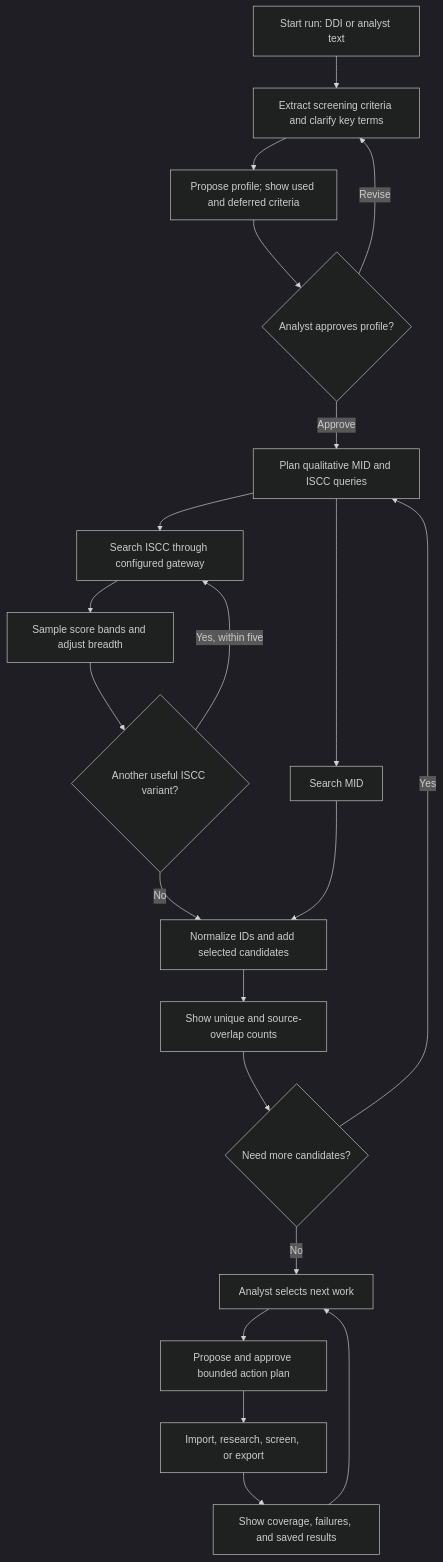
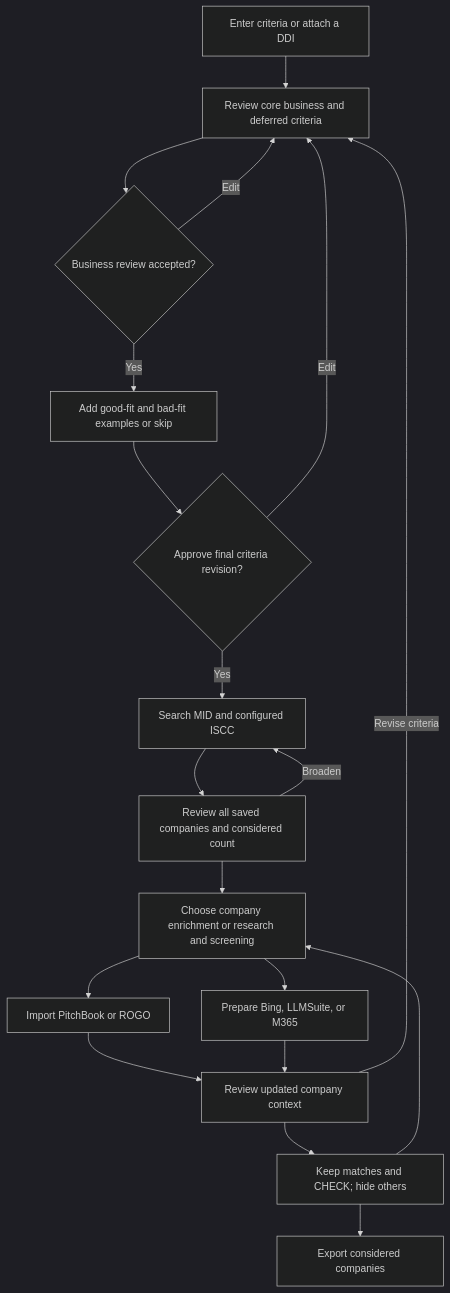
One commit to saksham-personal/local-first-mna-screening changed the diagram in mna-tools/docs/WORKFLOW.md. Above: the diagram before and after it, drawn with Mermaid (dark theme). The commit also changed other lines of this file and 83 other files, not shown here.

First line of the commit message:
Implement iterative screening and shortlist review workflow

````diff
--- a/mna-tools/docs/WORKFLOW.md
+++ b/mna-tools/docs/WORKFLOW.md
@@ -11,23 +7,21 @@
 ```mermaid
 flowchart TD
-    A["Start run: DDI or analyst text"] --> B["Extract screening criteria and clarify key terms"]
-    B --> C["Propose profile; show used and deferred criteria"]
-    C --> D{"Analyst approves profile?"}
-    D -- "Revise" --> B
-    D -- "Approve" --> E["Plan qualitative MID and ISCC queries"]
-    E --> F["Search MID"]
-    E --> G["Search ISCC through configured gateway"]
-    G --> H["Sample score bands and adjust breadth"]
-    H --> I{"Another useful ISCC variant?"}
-    I -- "Yes, within five" --> G
-    I -- "No" --> J["Normalize IDs and add selected candidates"]
-    F --> J
-    J --> K["Show unique and source-overlap counts"]
-    K --> L{"Need more candidates?"}
-    L -- "Yes" --> E
-    L -- "No" --> M["Analyst selects next work"]
-    M --> N["Propose and approve bounded action plan"]
-    N --> O["Import, research, screen, or export"]
-    O --> P["Show coverage, failures, and saved results"]
-    P --> M
+    A[Enter criteria or attach a DDI] --> B[Review core business and deferred criteria]
+    B --> C{Business review accepted?}
+    C -- Edit --> B
+    C -- Yes --> E[Add good-fit and bad-fit examples or skip]
+    E --> F{Approve final criteria revision?}
+    F -- Edit --> B
+    F -- Yes --> G[Search MID and configured ISCC]
+    G --> H[Review all saved companies and considered count]
+    H -- Broaden --> G
+    H --> I[Choose company enrichment or research and screening]
+    I --> J[Import PitchBook or ROGO]
+    I --> K[Prepare Bing, LLMSuite, or M365]
+    J --> L[Review updated company context]
+    K --> L
+    L --> M[Keep matches and CHECK; hide others]
+    M --> I
+    M --> N[Export considered companies]
+    L -- Revise criteria --> B
 ```
````
